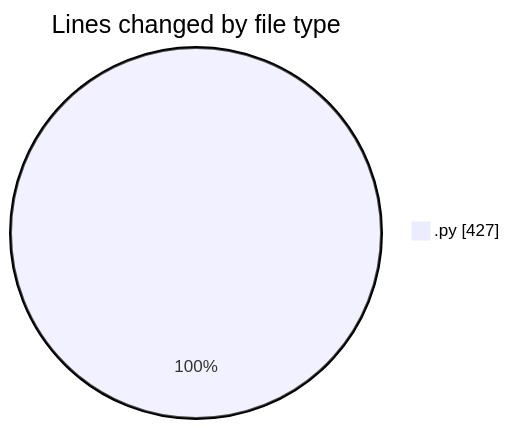
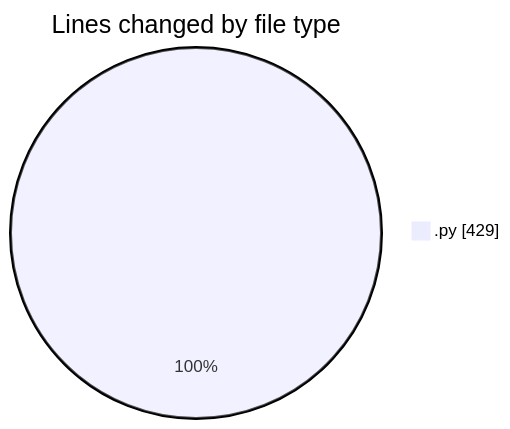
One commit to MatusMokan/code-tracking changed the first of 2 diagrams in 2025-01-12/myws__workspace_/README.md. Above: the diagram before and after it, drawn with Mermaid. The commit also changed other lines of this file and 1 other file, not shown here.

````diff
--- a/2025-01-12/myws__workspace_/README.md
+++ b/2025-01-12/myws__workspace_/README.md
@@ -21,5 +21,5 @@
 ```mermaid
 pie showData
 title Lines changed by file type
-".py" : 427
+".py" : 429
 ```
````
